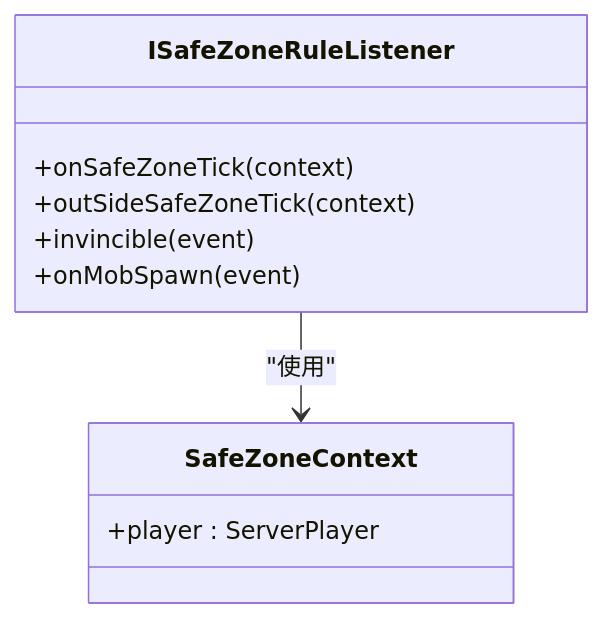
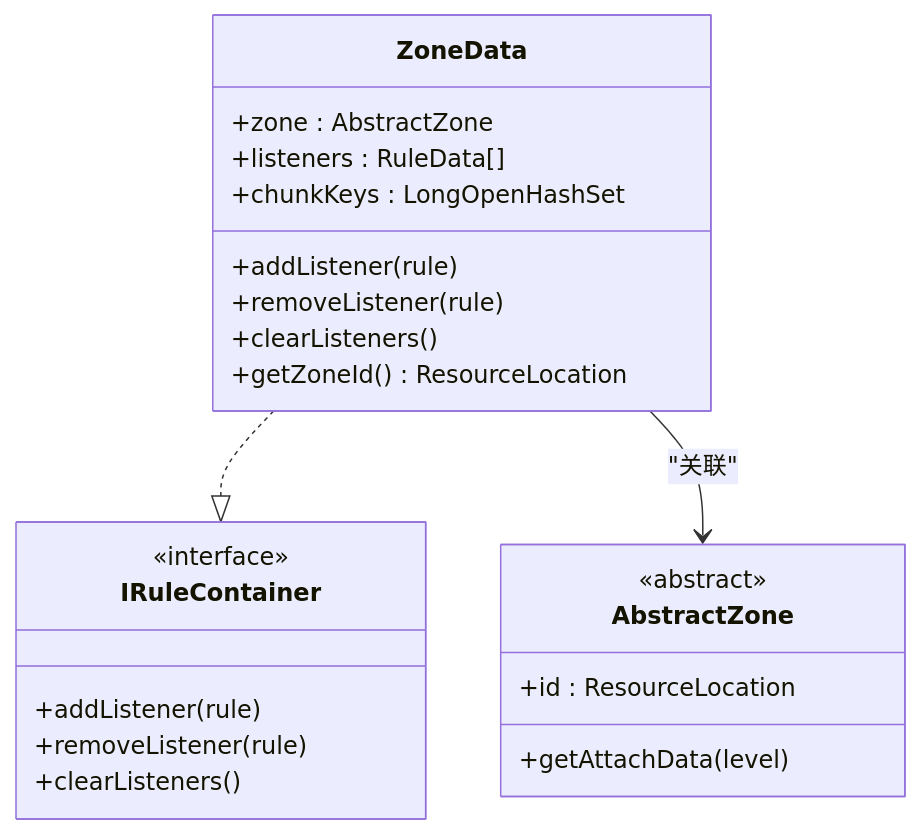
One commit to Ver-shift/SubModulesGeneHunter changed the third of 8 diagrams in .qoder/repowiki/zh/content/模块架构/Beyond安全区模块/Beyond安全区模块.md. Above: the diagram before and after it, drawn with Mermaid. The commit also changed other lines of this file and 42 other files, not shown here.

````diff
--- a/.qoder/repowiki/zh/content/模块架构/Beyond安全区模块/Beyond安全区模块.md
+++ b/.qoder/repowiki/zh/content/模块架构/Beyond安全区模块/Beyond安全区模块.md
@@ -161,13 +164,25 @@
 ```mermaid
 classDiagram
-class ISafeZoneRuleListener {
-+onSafeZoneTick(context)
-+outSideSafeZoneTick(context)
-+invincible(event)
-+onMobSpawn(event)
+class ZoneData {
++zone : AbstractZone
++listeners : RuleData[]
++chunkKeys : LongOpenHashSet
++addListener(rule)
++removeListener(rule)
++clearListeners()
++getZoneId() ResourceLocation
 }
-class SafeZoneContext {
-+player : ServerPlayer
+class IRuleContainer {
+<<interface>>
++addListener(rule)
++removeListener(rule)
++clearListeners()
 }
-ISafeZoneRuleListener --> SafeZoneContext : "使用"
+class AbstractZone {
+<<abstract>>
++id : ResourceLocation
++getAttachData(level)
+}
+ZoneData ..|> IRuleContainer
+ZoneData --> AbstractZone : "关联"
 ```
````
